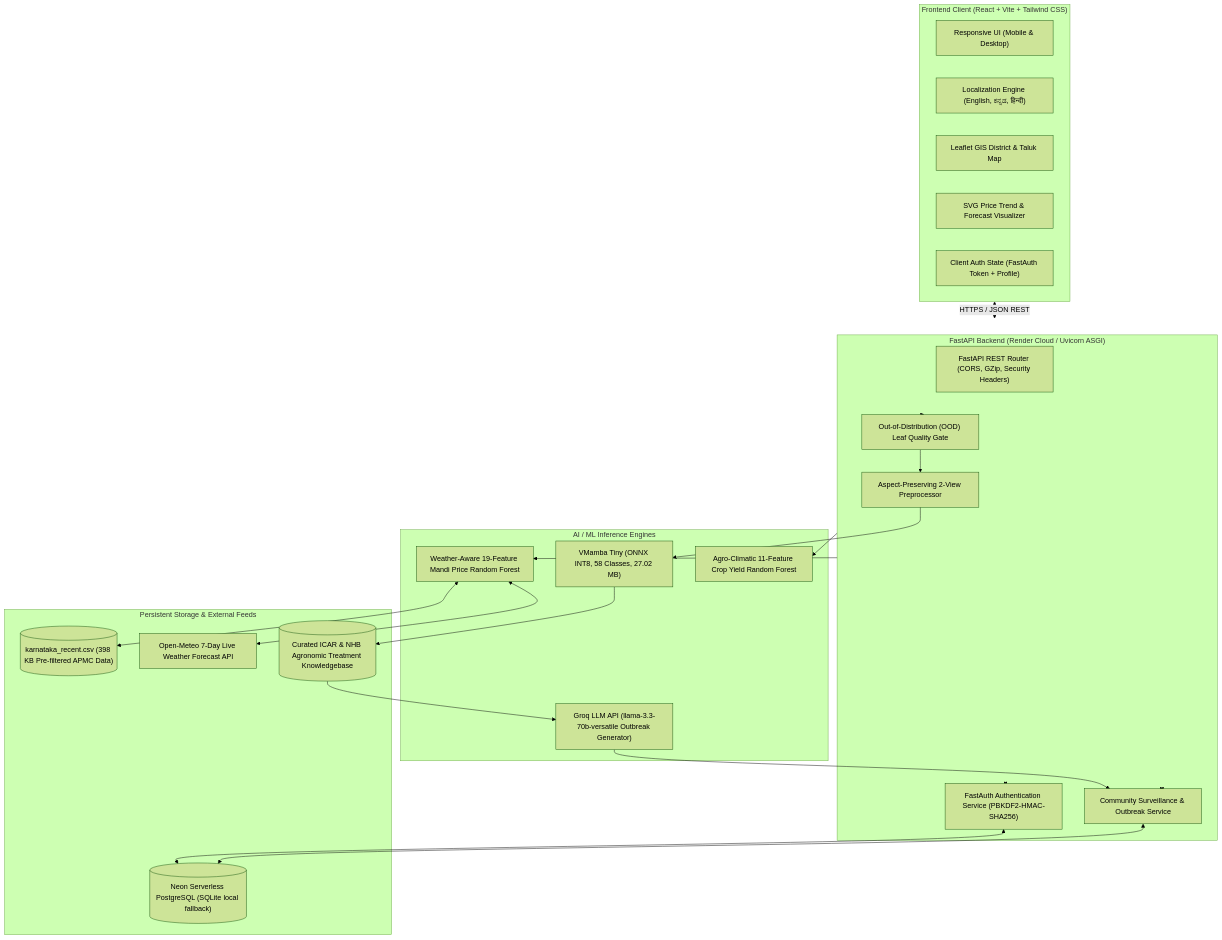
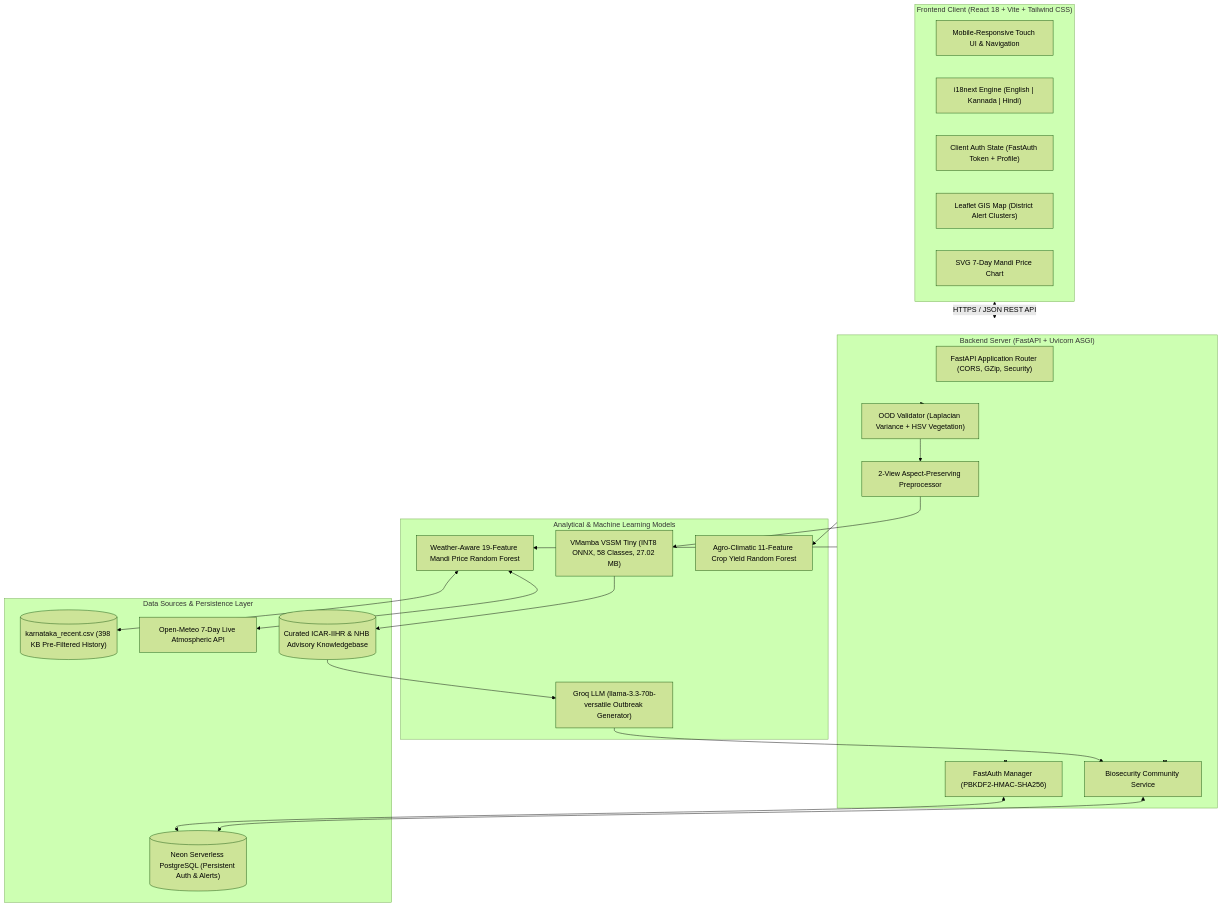
The diagram in README.md (mdkhalanderk/ai-smart-farming-system), drawn with Mermaid (forest theme) before and after one commit. The commit also changed other lines of this file, not shown here.

Commit message:
docs: comprehensive master technical README with full architectural and user documentation

````diff
--- a/README.md
+++ b/README.md
@@ -32,43 +88,43 @@
 ```mermaid
 flowchart TD
-    subgraph Client["Frontend Client (React + Vite + Tailwind CSS)"]
-        UI["Responsive UI (Mobile & Desktop)"]
-        i18n["Localization Engine (English, ಕನ್ನಡ, हिन्दी)"]
-        Map["Leaflet GIS District & Taluk Map"]
-        Chart["SVG Price Trend & Forecast Visualizer"]
+    subgraph ClientLayer["Frontend Client (React 18 + Vite + Tailwind CSS)"]
+        UI["Mobile-Responsive Touch UI & Navigation"]
+        I18N["i18next Engine (English | Kannada | Hindi)"]
         AuthCtx["Client Auth State (FastAuth Token + Profile)"]
+        GISMap["Leaflet GIS Map (District Alert Clusters)"]
+        PriceVisualizer["SVG 7-Day Mandi Price Chart"]
     end
 
-    subgraph Server["FastAPI Backend (Render Cloud / Uvicorn ASGI)"]
-        App["FastAPI REST Router (CORS, GZip, Security Headers)"]
-        OOD["Out-of-Distribution (OOD) Leaf Quality Gate"]
-        TTA["Aspect-Preserving 2-View Preprocessor"]
-        AuthSvc["FastAuth Authentication Service (PBKDF2-HMAC-SHA256)"]
-        CommSvc["Community Surveillance & Outbreak Service"]
+    subgraph APILayer["Backend Server (FastAPI + Uvicorn ASGI)"]
+        Router["FastAPI Application Router (CORS, GZip, Security)"]
+        OODValidator["OOD Validator (Laplacian Variance + HSV Vegetation)"]
+        TTAPreprocessor["2-View Aspect-Preserving Preprocessor"]
+        AuthService["FastAuth Manager (PBKDF2-HMAC-SHA256)"]
+        CommunityService["Biosecurity Community Service"]
     end
 
-    subgraph Models["AI / ML Inference Engines"]
-        VMamba["VMamba Tiny (ONNX INT8, 58 Classes, 27.02 MB)"]
+    subgraph AIEngines["Analytical & Machine Learning Models"]
+        VMambaEngine["VMamba VSSM Tiny (INT8 ONNX, 58 Classes, 27.02 MB)"]
         PriceRF["Weather-Aware 19-Feature Mandi Price Random Forest"]
         YieldRF["Agro-Climatic 11-Feature Crop Yield Random Forest"]
-        Groq["Groq LLM API (llama-3.3-70b-versatile Outbreak Generator)"]
+        GroqService["Groq LLM (llama-3.3-70b-versatile Outbreak Generator)"]
     end
 
-    subgraph Data["Persistent Storage & External Feeds"]
-        DB[("Neon Serverless PostgreSQL (SQLite local fallback)")]
-        MandiCSV[("karnataka_recent.csv (398 KB Pre-filtered APMC Data)")]
-        OpenMeteo["Open-Meteo 7-Day Live Weather Forecast API"]
-        ICARDB[("Curated ICAR & NHB Agronomic Treatment Knowledgebase")]
+    subgraph DataFeeds["Data Sources & Persistence Layer"]
+        NeonDB[("Neon Serverless PostgreSQL (Persistent Auth & Alerts)")]
+        LocalCache[("karnataka_recent.csv (398 KB Pre-Filtered History)")]
+        OpenMeteo["Open-Meteo 7-Day Live Atmospheric API"]
+        ICARDB[("Curated ICAR-IIHR & NHB Advisory Knowledgebase")]
     end
 
-    Client <-->|HTTPS / JSON REST| Server
-    Server --> OOD --> TTA --> VMamba
-    Server --> PriceRF
-    PriceRF <--> MandiCSV
+    ClientLayer <-->|HTTPS / JSON REST API| APILayer
+    APILayer --> OODValidator --> TTAPreprocessor --> VMambaEngine
+    APILayer --> PriceRF
+    PriceRF <--> LocalCache
     PriceRF <--> OpenMeteo
-    Server --> YieldRF
-    VMamba --> ICARDB
-    ICARDB --> Groq --> CommSvc
-    Server <--> AuthSvc <--> DB
-    Server <--> CommSvc <--> DB
+    APILayer --> YieldRF
+    VMambaEngine --> ICARDB
+    ICARDB --> GroqService --> CommunityService
+    APILayer <--> AuthService <--> NeonDB
+    APILayer <--> CommunityService <--> NeonDB
 ```
````
